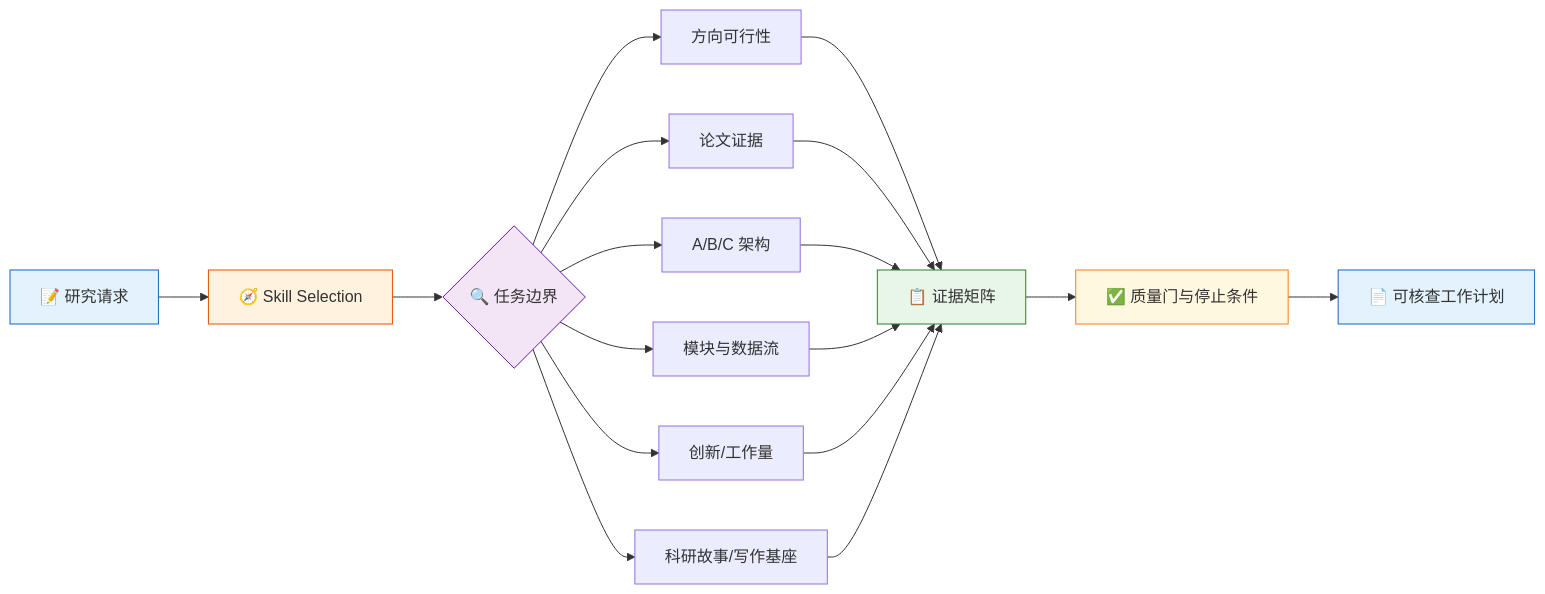
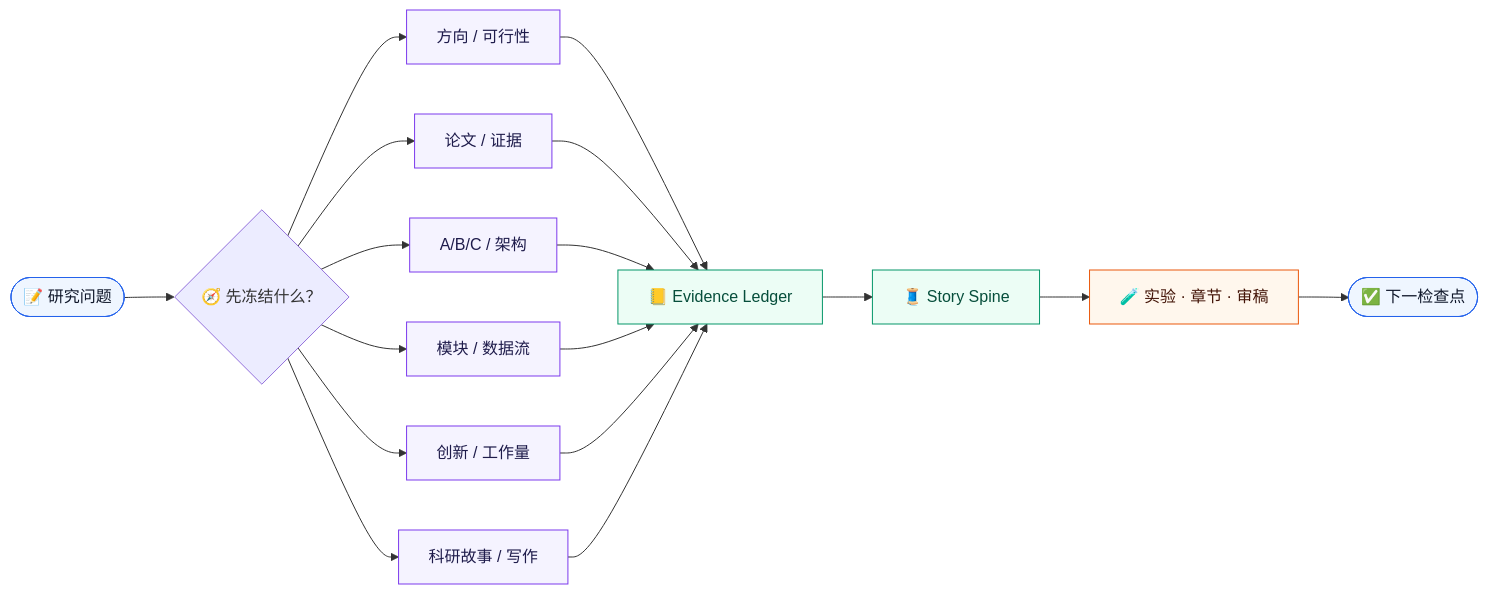
Before and after one commit to liang1228/academic-stitcher-skill: the diagram in README.md, drawn with Mermaid. The commit also changed other lines of this file and 1 other file, not shown here.

````diff
--- a/README.md
+++ b/README.md
@@ -16,21 +128,23 @@
 ```mermaid
 flowchart LR
-    A["📝 研究请求"] --> B["🧭 Skill Selection"]
-    B --> C{"🔍 任务边界"}
-    C --> D["方向可行性"]
-    C --> E["论文证据"]
-    C --> F["A/B/C 架构"]
-    C --> G["模块与数据流"]
-    C --> H["创新/工作量"]
-    C --> S["科研故事/写作基座"]
-    D & E & F & G & H & S --> I["📋 证据矩阵"]
-    I --> J["✅ 质量门与停止条件"]
-    J --> K["📄 可核查工作计划"]
+    Q(["📝 研究问题"]) --> R{"🧭 先冻结什么？"}
+    R --> D["方向 / 可行性"]
+    R --> P["论文 / 证据"]
+    R --> A["A/B/C / 架构"]
+    R --> M["模块 / 数据流"]
+    R --> W["创新 / 工作量"]
+    R --> S["科研故事 / 写作"]
+    D & P & A & M & W & S --> L["📒 Evidence Ledger"]
+    L --> T["🧵 Story Spine"]
+    T --> X["🧪 实验 · 章节 · 审稿"]
+    X --> K(["✅ 下一检查点"])
 
-    style A fill:#e3f2fd,stroke:#1565c0
-    style B fill:#fff3e0,stroke:#e65100
-    style C fill:#f3e5f5,stroke:#6a1b9a
-    style I fill:#e8f5e9,stroke:#2e7d32
-    style J fill:#fff8e1,stroke:#f57f17
-    style K fill:#e3f2fd,stroke:#1565c0
+    classDef input fill:#eff6ff,stroke:#2563eb,color:#0f172a
+    classDef route fill:#f5f3ff,stroke:#7c3aed,color:#1e1b4b
+    classDef ledger fill:#ecfdf5,stroke:#059669,color:#064e3b
+    classDef output fill:#fff7ed,stroke:#ea580c,color:#431407
+    class Q,K input
+    class D,P,A,M,W,S route
+    class L,T ledger
+    class X output
 ```
````
